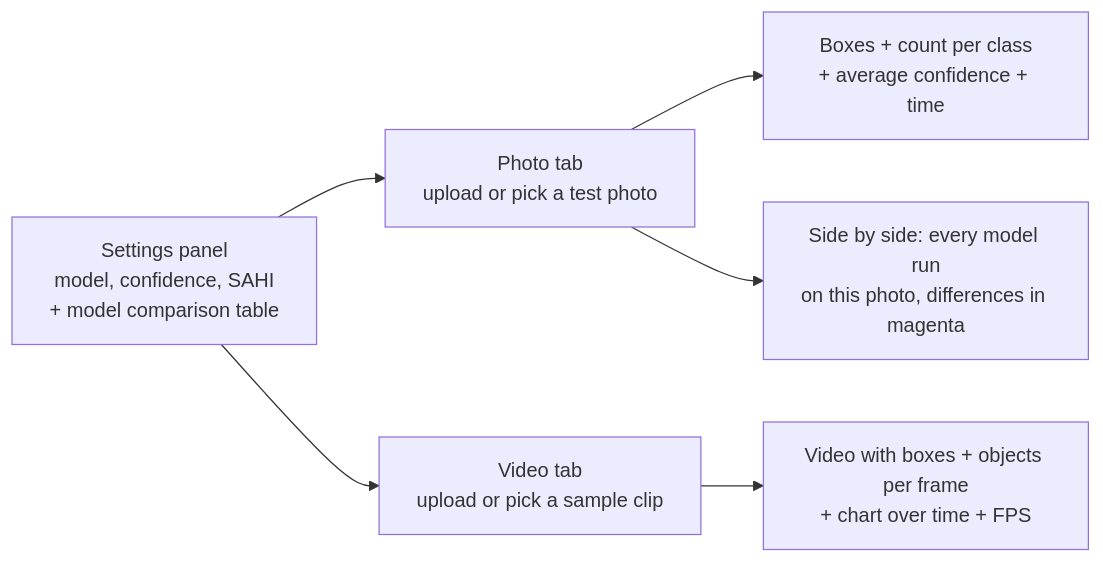
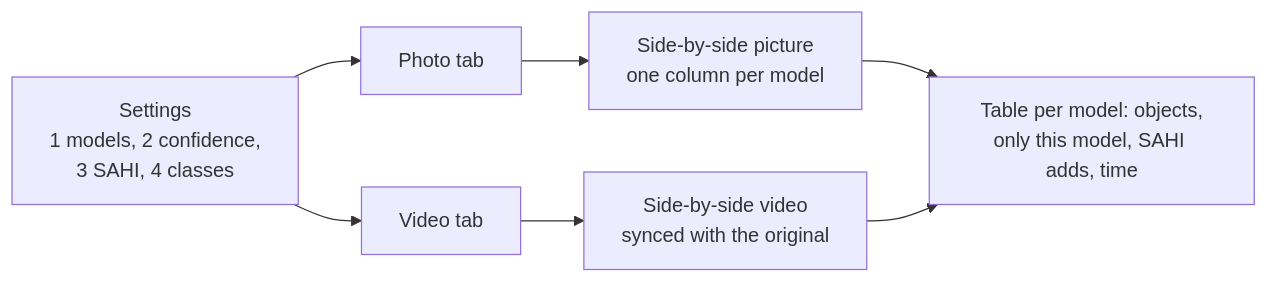
Before and after one commit to fnmoral/skyscout-small-object-detection-yolo-vs-dfine-visdrone: the seventh of 8 diagrams in README.md, drawn with Mermaid. The commit also changed other lines of this file and 6 other files, not shown here.

First line of the commit message:
Multi-model demo: compare models and SAHI side by side, synced video

````diff
--- a/README.md
+++ b/README.md
@@ -273,8 +271,8 @@
 ```mermaid
 flowchart LR
-    S[Settings panel<br/>model, confidence, SAHI<br/>+ model comparison table] --> I[Photo tab<br/>upload or pick a test photo]
-    S --> V[Video tab<br/>upload or pick a sample clip]
-    I --> R1[Boxes + count per class<br/>+ average confidence + time]
-    I --> R3[Side by side: every model run<br/>on this photo, differences in magenta]
-    V --> R2[Video with boxes + objects per frame<br/>+ chart over time + FPS]
+    S[Settings<br/>1 models, 2 confidence,<br/>3 SAHI, 4 classes] --> I[Photo tab]
+    S --> V[Video tab]
+    I --> R1[Side-by-side picture<br/>one column per model]
+    V --> R2[Side-by-side video<br/>synced with the original]
+    R1 & R2 --> T[Table per model: objects,<br/>only this model, SAHI adds, time]
 ```
````
